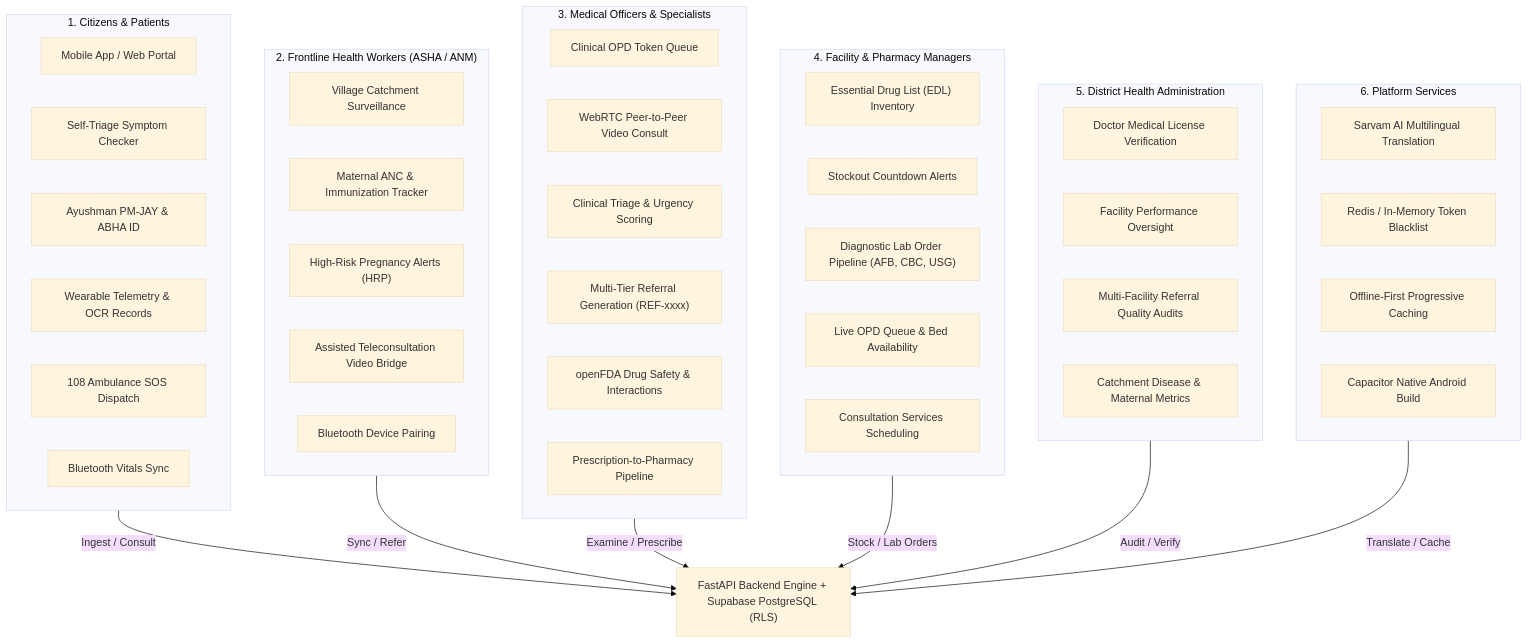
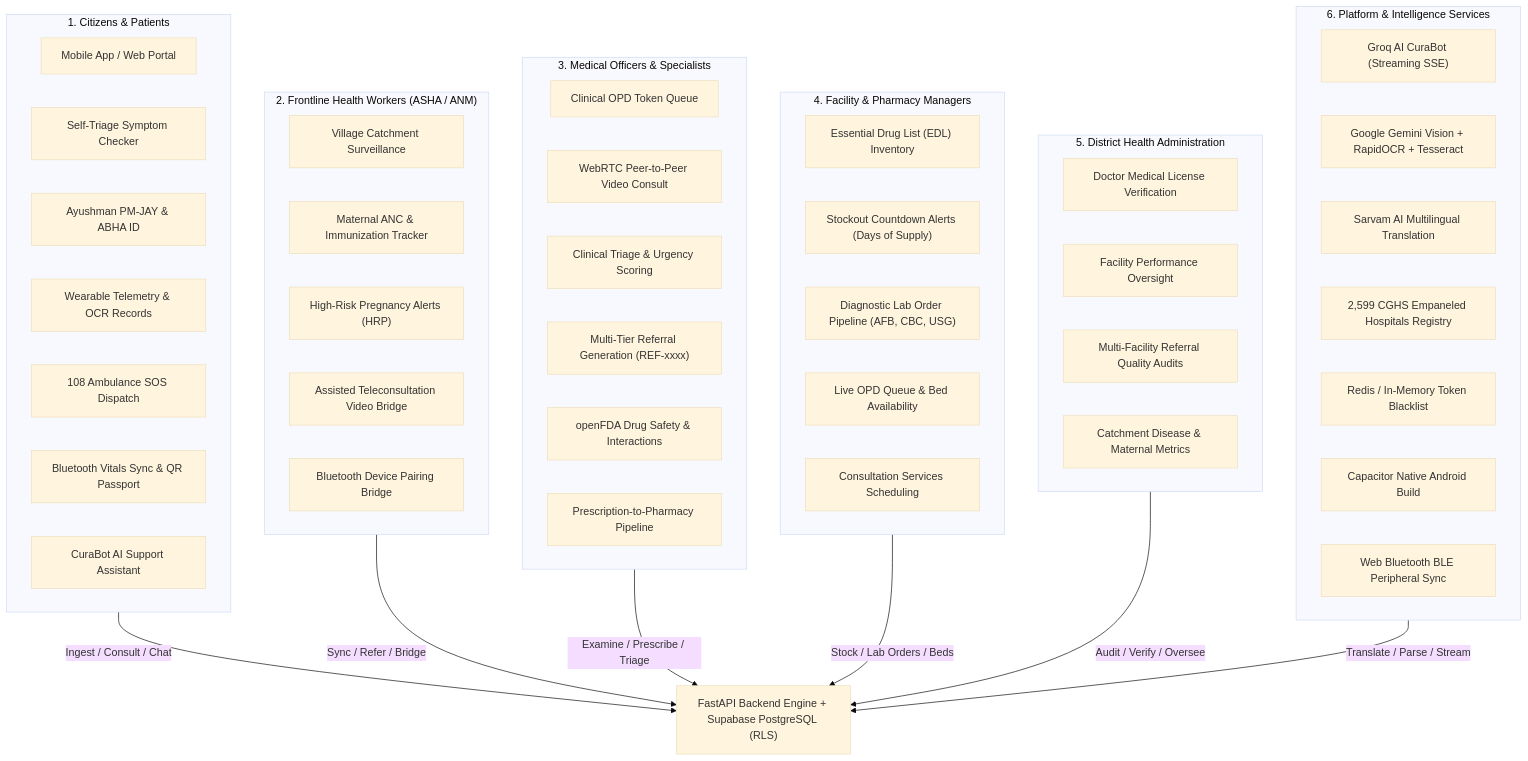
The diagram in README.md (SAKTHIMARAN-VENOM/CuraTrack-V2), drawn with Mermaid (base theme) before and after one commit. The commit also changed other lines of this file, not shown here.

Commit message:
docs: update README with CuraBot AI chatbot, Gemini Vision OCR, and CGHS hospitals dataset

````diff
--- a/README.md
+++ b/README.md
@@ -18,57 +21,61 @@
 ```mermaid
 graph TD
     subgraph Citizens["1. Citizens & Patients"]
         P1["Mobile App / Web Portal"]
         P2["Self-Triage Symptom Checker"]
         P3["Ayushman PM-JAY & ABHA ID"]
         P4["Wearable Telemetry & OCR Records"]
         P5["108 Ambulance SOS Dispatch"]
-        P6["Bluetooth Vitals Sync"]
+        P6["Bluetooth Vitals Sync & QR Passport"]
+        P7["CuraBot AI Support Assistant"]
     end
 
     subgraph Frontline["2. Frontline Health Workers (ASHA / ANM)"]
         F1["Village Catchment Surveillance"]
         F2["Maternal ANC & Immunization Tracker"]
         F3["High-Risk Pregnancy Alerts (HRP)"]
         F4["Assisted Teleconsultation Video Bridge"]
-        F5["Bluetooth Device Pairing"]
+        F5["Bluetooth Device Pairing Bridge"]
     end
 
     subgraph Clinical["3. Medical Officers & Specialists"]
         D1["Clinical OPD Token Queue"]
         D2["WebRTC Peer-to-Peer Video Consult"]
         D3["Clinical Triage & Urgency Scoring"]
         D4["Multi-Tier Referral Generation (REF-xxxx)"]
         D5["openFDA Drug Safety & Interactions"]
         D6["Prescription-to-Pharmacy Pipeline"]
     end
 
     subgraph Operations["4. Facility & Pharmacy Managers"]
         H1["Essential Drug List (EDL) Inventory"]
-        H2["Stockout Countdown Alerts"]
+        H2["Stockout Countdown Alerts (Days of Supply)"]
         H3["Diagnostic Lab Order Pipeline (AFB, CBC, USG)"]
         H4["Live OPD Queue & Bed Availability"]
         H5["Consultation Services Scheduling"]
     end
 
     subgraph Governance["5. District Health Administration"]
         A1["Doctor Medical License Verification"]
         A2["Facility Performance Oversight"]
         A3["Multi-Facility Referral Quality Audits"]
         A4["Catchment Disease & Maternal Metrics"]
     end
 
-    subgraph Platform["6. Platform Services"]
-        T1["Sarvam AI Multilingual Translation"]
-        T2["Redis / In-Memory Token Blacklist"]
-        T3["Offline-First Progressive Caching"]
-        T4["Capacitor Native Android Build"]
+    subgraph Platform["6. Platform & Intelligence Services"]
+        T1["Groq AI CuraBot (Streaming SSE)"]
+        T2["Google Gemini Vision + RapidOCR + Tesseract"]
+        T3["Sarvam AI Multilingual Translation"]
+        T4["2,599 CGHS Empaneled Hospitals Registry"]
+        T5["Redis / In-Memory Token Blacklist"]
+        T6["Capacitor Native Android Build"]
+        T7["Web Bluetooth BLE Peripheral Sync"]
     end
 
-    Citizens -->|Ingest / Consult| CoreBackend["FastAPI Backend Engine + Supabase PostgreSQL (RLS)"]
-    Frontline -->|Sync / Refer| CoreBackend
-    Clinical -->|Examine / Prescribe| CoreBackend
-    Operations -->|Stock / Lab Orders| CoreBackend
-    Governance -->|Audit / Verify| CoreBackend
-    Platform -->|Translate / Cache| CoreBackend
+    Citizens -->|Ingest / Consult / Chat| CoreBackend["FastAPI Backend Engine + Supabase PostgreSQL (RLS)"]
+    Frontline -->|Sync / Refer / Bridge| CoreBackend
+    Clinical -->|Examine / Prescribe / Triage| CoreBackend
+    Operations -->|Stock / Lab Orders / Beds| CoreBackend
+    Governance -->|Audit / Verify / Oversee| CoreBackend
+    Platform -->|Translate / Parse / Stream| CoreBackend
 ```
````
